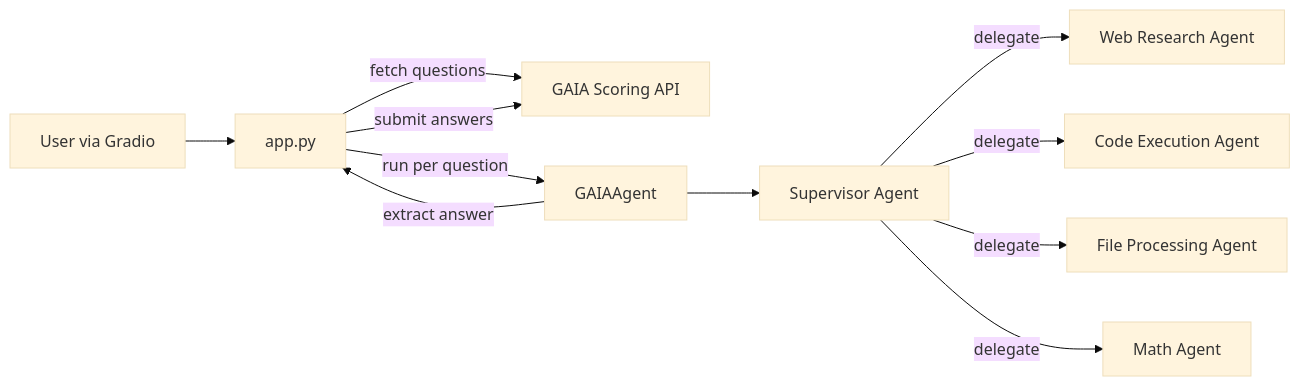
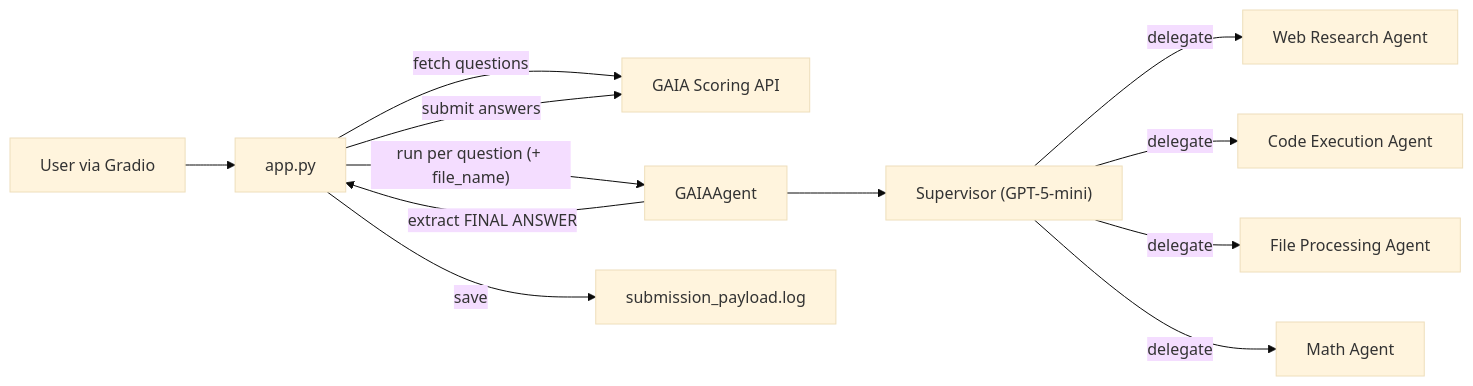
One commit to jash0803/gaia-agent changed the first of 8 diagrams in ARCHITECTURE.md. Above: the diagram before and after it, drawn with Mermaid (base theme). The commit also changed other lines of this file, not shown here.

Commit message:
docs: update architecture

````diff
--- a/ARCHITECTURE.md
+++ b/ARCHITECTURE.md
@@ -5,13 +5,14 @@
 ```mermaid
 graph LR
     User[User via Gradio] --> App[app.py]
     App -->|fetch questions| API[GAIA Scoring API]
-    App -->|run per question| Agent[GAIAAgent]
-    Agent --> Supervisor[Supervisor Agent]
+    App -->|"run per question (+ file_name)"| Agent[GAIAAgent]
+    Agent --> Supervisor["Supervisor (GPT-5-mini)"]
     Supervisor -->|delegate| WebAgent[Web Research Agent]
     Supervisor -->|delegate| CodeAgent[Code Execution Agent]
     Supervisor -->|delegate| FileAgent[File Processing Agent]
     Supervisor -->|delegate| MathAgent[Math Agent]
-    Agent -->|extract answer| App
+    Agent -->|"extract FINAL ANSWER"| App
     App -->|submit answers| API
+    App -->|save| Log[submission_payload.log]
 ```
````
